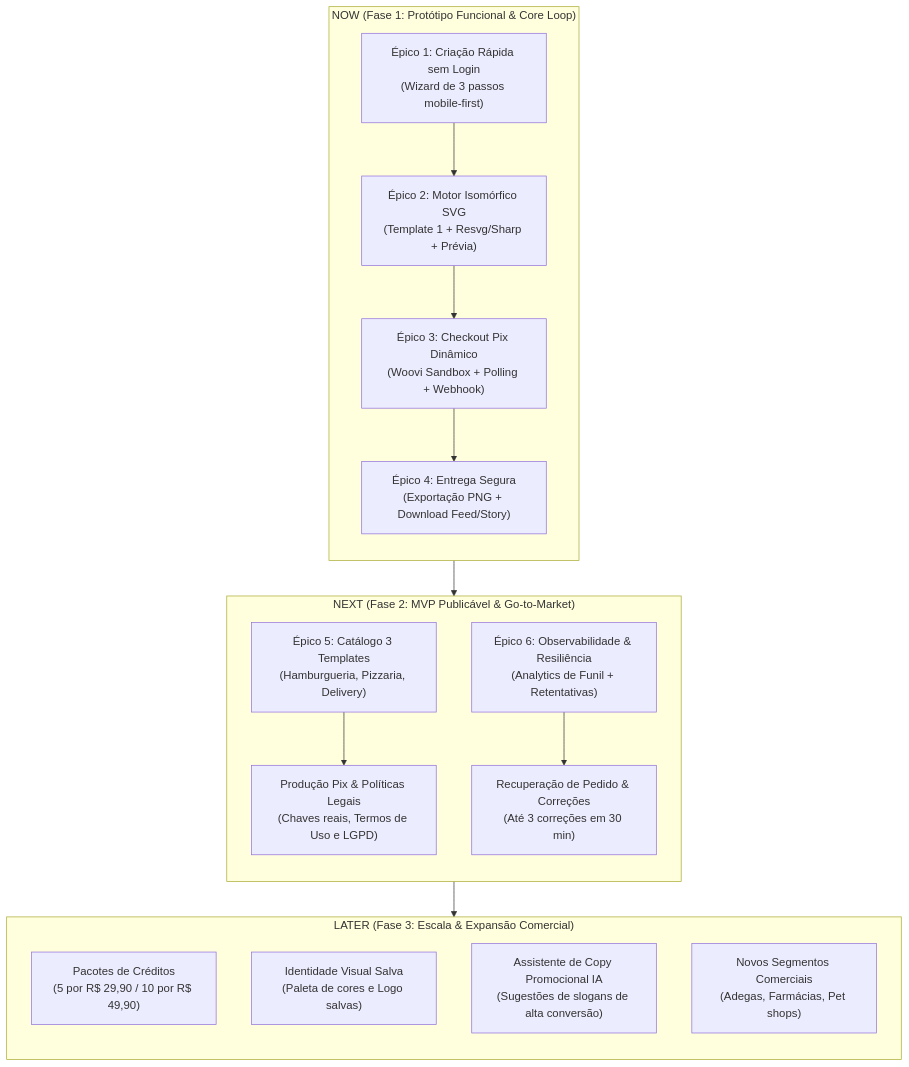
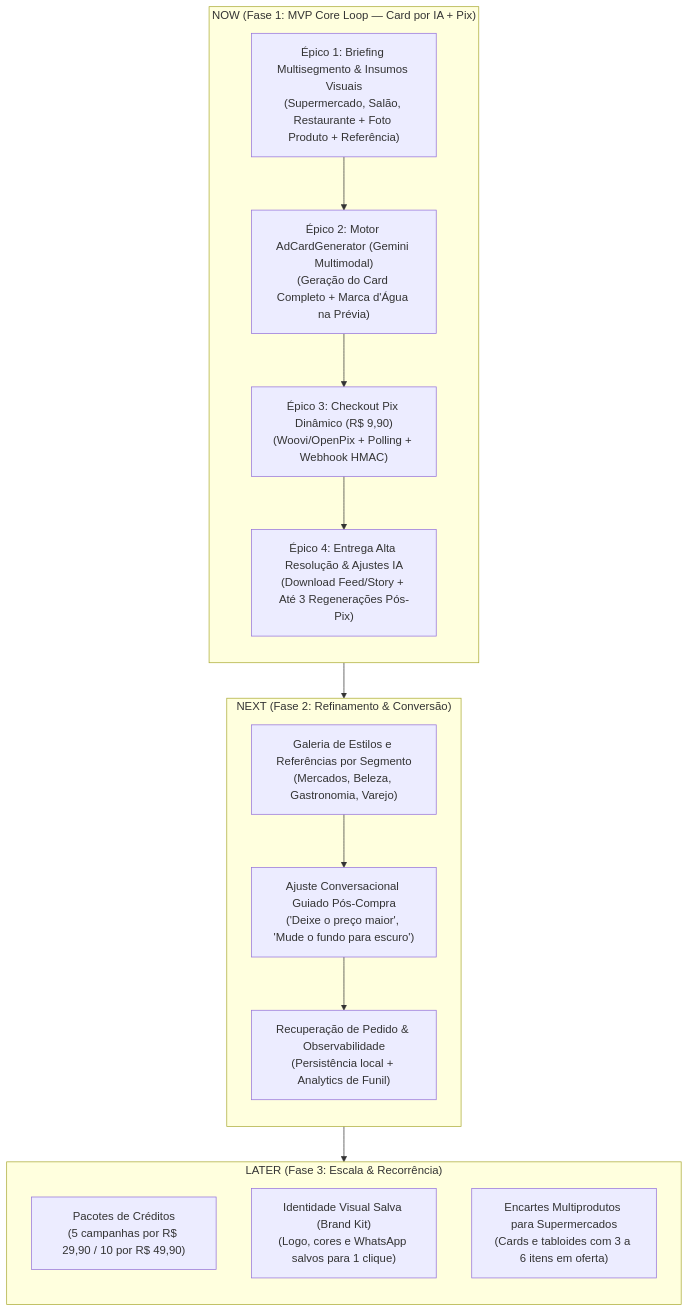
Before and after one commit to luis-henrique-carvalho/OfertaPronta: the diagram in docs/roadmap.md, drawn with Mermaid. The commit also changed other lines of this file and 5 other files, not shown here.

````diff
--- a/docs/roadmap.md
+++ b/docs/roadmap.md
@@ -98,31 +68,28 @@
 ```mermaid
 flowchart TD
-    subgraph NOW["NOW (Fase 1: Protótipo Funcional & Core Loop)"]
+    subgraph NOW["NOW (Fase 1: MVP Core Loop — Card por IA + Pix)"]
         direction TB
-        E1["Épico 1: Criação Rápida sem Login<br/>(Wizard de 3 passos mobile-first)"]
-        E2["Épico 2: Motor Isomórfico SVG<br/>(Template 1 + Resvg/Sharp + Prévia)"]
-        E3["Épico 3: Checkout Pix Dinâmico<br/>(Woovi Sandbox + Polling + Webhook)"]
-        E4["Épico 4: Entrega Segura<br/>(Exportação PNG + Download Feed/Story)"]
+        E1["Épico 1: Briefing Multisegmento & Insumos Visuais<br/>(Supermercado, Salão, Restaurante + Foto Produto + Referência)"]
+        E2["Épico 2: Motor AdCardGenerator (Gemini Multimodal)<br/>(Geração do Card Completo + Marca d'Água na Prévia)"]
+        E3["Épico 3: Checkout Pix Dinâmico (R$ 9,90)<br/>(Woovi/OpenPix + Polling + Webhook HMAC)"]
+        E4["Épico 4: Entrega Alta Resolução & Ajustes IA<br/>(Download Feed/Story + Até 3 Regenerações Pós-Pix)"]
         E1 --> E2 --> E3 --> E4
     end
 
-    subgraph NEXT["NEXT (Fase 2: MVP Publicável & Go-to-Market)"]
+    subgraph NEXT["NEXT (Fase 2: Refinamento & Conversão)"]
         direction TB
-        E5["Épico 5: Catálogo 3 Templates<br/>(Hamburgueria, Pizzaria, Delivery)"]
-        E6["Épico 6: Observabilidade & Resiliência<br/>(Analytics de Funil + Retentativas)"]
-        E7["Produção Pix & Políticas Legais<br/>(Chaves reais, Termos de Uso e LGPD)"]
-        E8["Recuperação de Pedido & Correções<br/>(Até 3 correções em 30 min)"]
-        E5 --> E7
-        E6 --> E8
+        E5["Galeria de Estilos e Referências por Segmento<br/>(Mercados, Beleza, Gastronomia, Varejo)"]
+        E6["Ajuste Conversacional Guiado Pós-Compra<br/>('Deixe o preço maior', 'Mude o fundo para escuro')"]
+        E7["Recuperação de Pedido & Observabilidade<br/>(Persistência local + Analytics de Funil)"]
+        E5 --> E6 --> E7
     end
 
-    subgraph LATER["LATER (Fase 3: Escala & Expansão Comercial)"]
+    subgraph LATER["LATER (Fase 3: Escala & Recorrência)"]
         direction TB
-        E9["Pacotes de Créditos<br/>(5 por R$ 29,90 / 10 por R$ 49,90)"]
-        E10["Identidade Visual Salva<br/>(Paleta de cores e Logo salvas)"]
-        E11["Assistente de Copy Promocional IA<br/>(Sugestões de slogans de alta conversão)"]
-        E12["Novos Segmentos Comerciais<br/>(Adegas, Farmácias, Pet shops)"]
+        E8["Pacotes de Créditos<br/>(5 campanhas por R$ 29,90 / 10 por R$ 49,90)"]
+        E9["Identidade Visual Salva (Brand Kit)<br/>(Logo, cores e WhatsApp salvos para 1 clique)"]
+        E10["Encartes Multiprodutos para Supermercados<br/>(Cards e tabloides com 3 a 6 itens em oferta)"]
     end
 
     NOW --> NEXT --> LATER
 ```
````
